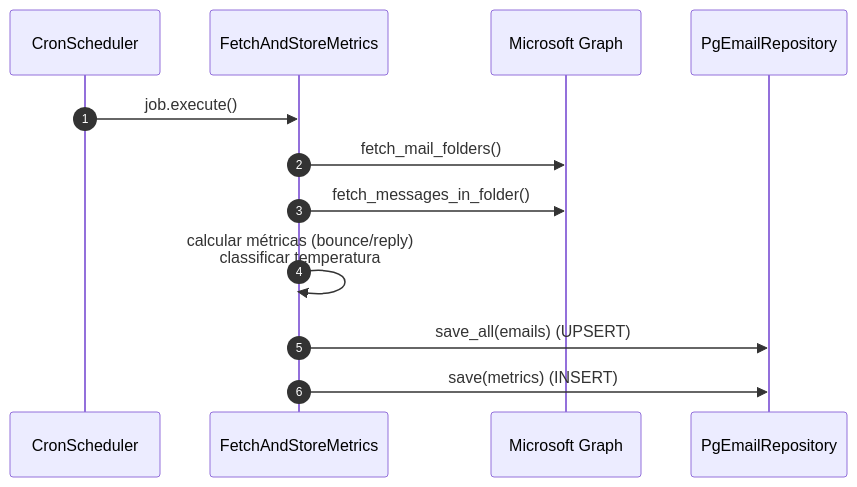
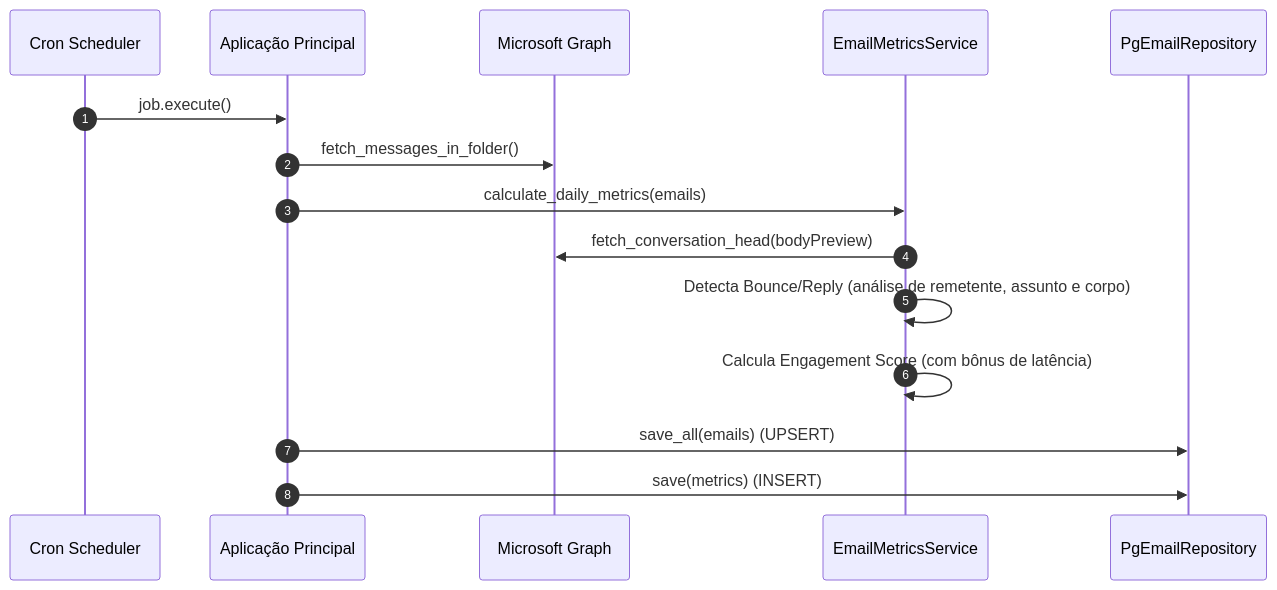
The diagram in README.md (MrSchrodingers/email_monitoring), drawn with Mermaid before and after one commit. The commit also changed other lines of this file, not shown here.

`````diff
--- a/README.md
+++ b/README.md
@@ -44,14 +72,18 @@
 ```mermaid
 sequenceDiagram
     autonumber
-    participant Cron as CronScheduler
-    participant UseCase as FetchAndStoreMetrics
+    participant Cron as Cron Scheduler
+    participant App as Aplicação Principal
     participant Graph as Microsoft Graph
+    participant Service as EmailMetricsService
     participant Repo as PgEmailRepository
-    Cron->>UseCase: job.execute()
-    UseCase->>Graph: fetch_mail_folders()
-    UseCase->>Graph: fetch_messages_in_folder()
-    UseCase->>UseCase: calcular métricas (bounce/reply)<br/>classificar temperatura
-    UseCase->>Repo: save_all(emails)  (UPSERT)
-    UseCase->>Repo: save(metrics)     (INSERT)
-````
+
+    Cron->>App: job.execute()
+    App->>Graph: fetch_messages_in_folder()
+    App->>Service: calculate_daily_metrics(emails)
+    Service->>Graph: fetch_conversation_head(bodyPreview)
+    Service->>Service: Detecta Bounce/Reply (análise de remetente, assunto e corpo)
+    Service->>Service: Calcula Engagement Score (com bônus de latência)
+    App->>Repo: save_all(emails) (UPSERT)
+    App->>Repo: save(metrics) (INSERT)
+```
`````
